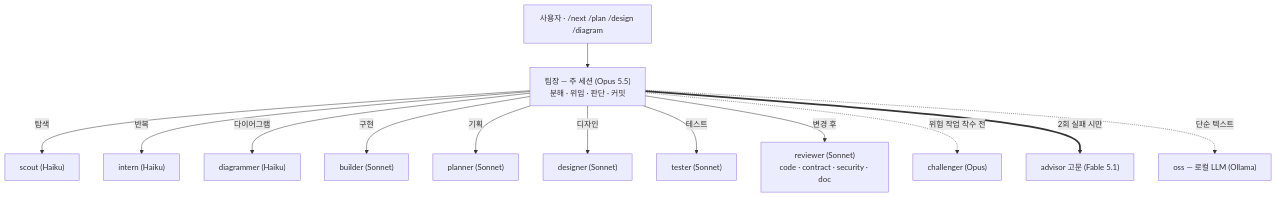
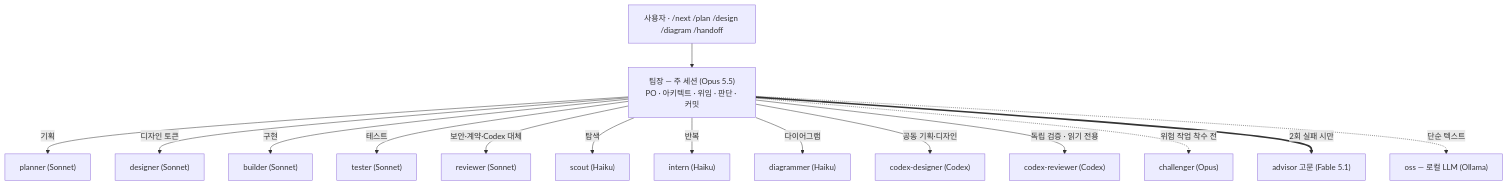
One commit to DevOps0906/nomad-agent-os changed the first of 3 diagrams in docs/ARCHITECTURE.md. Above: the diagram before and after it, drawn with Mermaid. The commit also changed other lines of this file and 7 other files, not shown here.

````diff
--- a/docs/ARCHITECTURE.md
+++ b/docs/ARCHITECTURE.md
@@ -92,15 +94,17 @@
 ```mermaid
 flowchart TB
-  U["사용자 · /next /plan /design /diagram"] --> L["팀장 — 주 세션 (Opus 5.5)<br/>분해 · 위임 · 판단 · 커밋"]
+  U["사용자 · /next /plan /design /diagram /handoff"] --> L["팀장 — 주 세션 (Opus 5.5)<br/>PO · 아키텍트 · 위임 · 판단 · 커밋"]
+  L -->|기획| PL["planner (Sonnet)"]
+  L -->|디자인 토큰| DE["designer (Sonnet)"]
+  L -->|구현| BU["builder (Sonnet)"]
+  L -->|테스트| TE["tester (Sonnet)"]
+  L -->|보안·계약·Codex 대체| RV["reviewer (Sonnet)"]
   L -->|탐색| SC["scout (Haiku)"]
   L -->|반복| IN["intern (Haiku)"]
   L -->|다이어그램| DG["diagrammer (Haiku)"]
-  L -->|구현| BU["builder (Sonnet)"]
-  L -->|기획| PL["planner (Sonnet)"]
-  L -->|디자인| DE["designer (Sonnet)"]
-  L -->|테스트| TE["tester (Sonnet)"]
-  L -->|변경 후| RV["reviewer (Sonnet)<br/>code · contract · security · doc"]
+  L -->|공동 기획·디자인| CD["codex-designer (Codex)"]
+  L -->|독립 검증 · 읽기 전용| CR["codex-reviewer (Codex)"]
   L -.->|위험 작업 착수 전| CH["challenger (Opus)"]
   L ==>|2회 실패 시만| AD["advisor 고문 (Fable 5.1)"]
   L -.->|단순 텍스트| OSS["oss — 로컬 LLM (Ollama)"]
 ```
````
